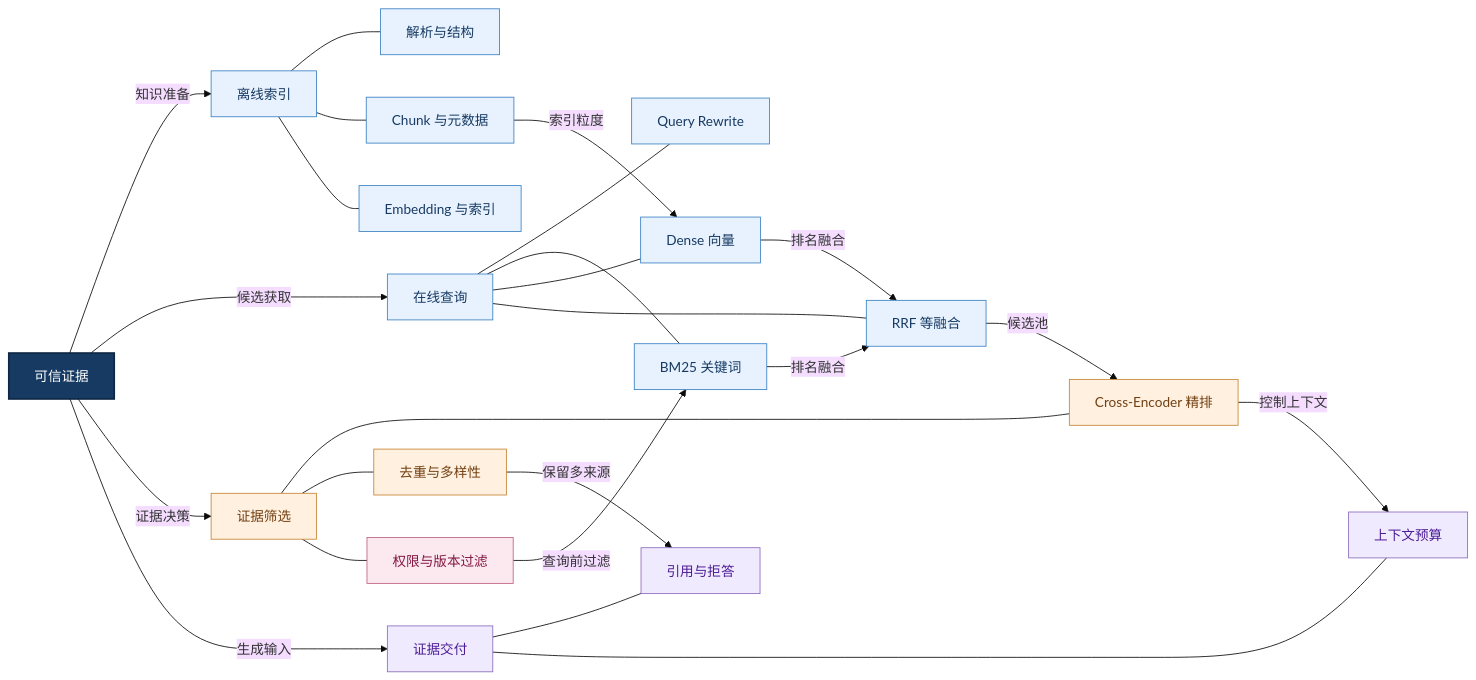
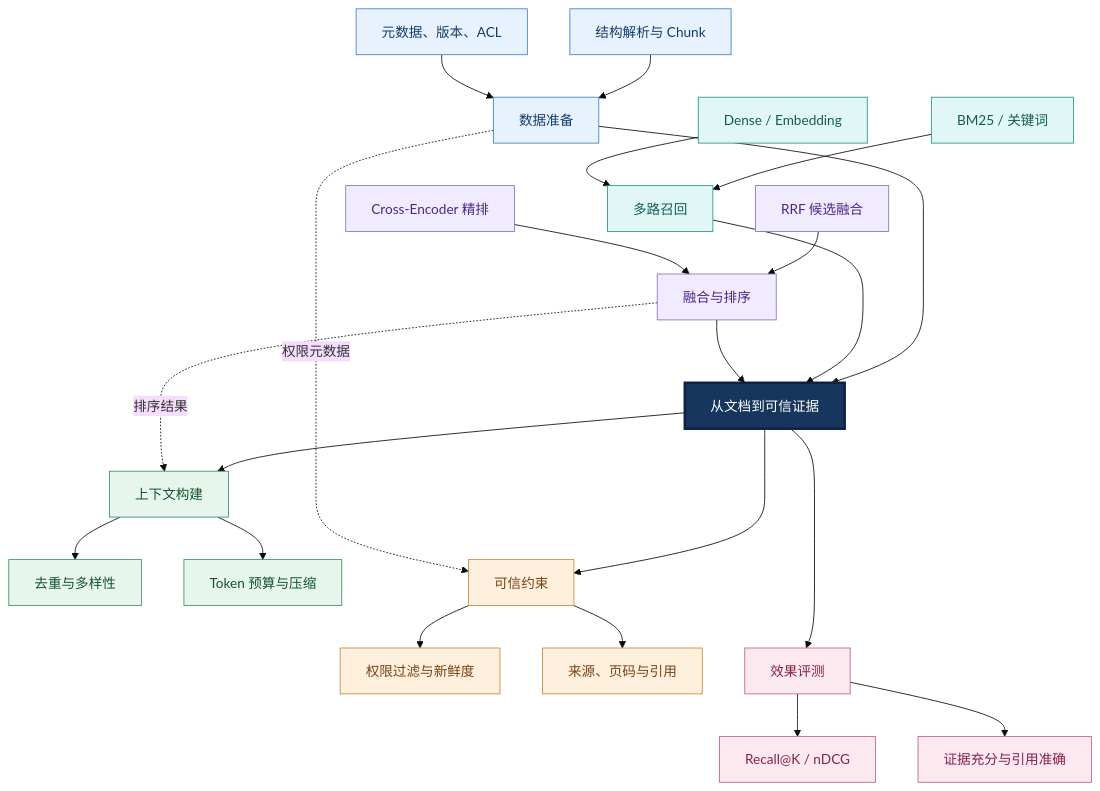
The second of 7 diagrams in 05-Agent-Knowledge-and-Tools/README.md (shufu151/Agent-Engineering-Handbook), drawn with Mermaid (base theme) before and after one commit. The commit also changed other lines of this file, not shown here.

````diff
--- a/05-Agent-Knowledge-and-Tools/README.md
+++ b/05-Agent-Knowledge-and-Tools/README.md
@@ -75,54 +84,60 @@
 ```mermaid
-flowchart LR
-    C["可信证据"]
-    I["离线索引"]
-    Q["在线查询"]
-    F["证据筛选"]
-    E["证据交付"]
-    I1["解析与结构"]
-    I2["Chunk 与元数据"]
-    I3["Embedding 与索引"]
-    Q1["Query Rewrite"]
-    Q2["BM25 关键词"]
-    Q3["Dense 向量"]
-    Q4["RRF 等融合"]
-    F1["Cross-Encoder 精排"]
-    F2["去重与多样性"]
-    F3["权限与版本过滤"]
-    E1["引用与拒答"]
-    E2["上下文预算"]
-    C -->|知识准备| I
-    C -->|候选获取| Q
-    C -->|证据决策| F
-    C -->|生成输入| E
-    I --- I1
-    I --- I2
-    I --- I3
-    Q --- Q1
-    Q --- Q2
-    Q --- Q3
-    Q --- Q4
-    F --- F1
-    F --- F2
-    F --- F3
-    E --- E1
-    E --- E2
-    I2 -->|索引粒度| Q3
-    Q2 -->|排名融合| Q4
-    Q3 -->|排名融合| Q4
-    Q4 -->|候选池| F1
-    F3 -->|查询前过滤| Q2
-    F1 -->|控制上下文| E2
-    F2 -->|保留多来源| E1
-    classDef core fill:#163a62,stroke:#0d2744,color:#fff,stroke-width:2px
-    classDef know fill:#e8f2ff,stroke:#3b82c4,color:#163a62
-    classDef tool fill:#e8f7ef,stroke:#389268,color:#14532d
-    classDef control fill:#fff0df,stroke:#c78535,color:#713f12
-    classDef guard fill:#fce8ef,stroke:#bf6284,color:#831843
-    classDef result fill:#f0eaff,stroke:#8b6dbb,color:#4c1d95
-    class C core
-    class I,I1,I2,I3,Q,Q1,Q2,Q3,Q4 know
-    class F,F1,F2 control
-    class F3 guard
-    class E,E1,E2 result
+flowchart TB
+    ROOT["从文档到可信证据"]
+    KA["数据准备"]
+    KA1["结构解析与 Chunk"]
+    KA2["元数据、版本、ACL"]
+    KB["多路召回"]
+    KB1["BM25 / 关键词"]
+    KB2["Dense / Embedding"]
+    KC["融合与排序"]
+    KC1["RRF 候选融合"]
+    KC2["Cross-Encoder 精排"]
+    KD["上下文构建"]
+    KD1["去重与多样性"]
+    KD2["Token 预算与压缩"]
+    KE["可信约束"]
+    KE1["权限过滤与新鲜度"]
+    KE2["来源、页码与引用"]
+    KF["效果评测"]
+    KF1["Recall@K / nDCG"]
+    KF2["证据充分与引用准确"]
+    KA --> ROOT
+    KA1 --> KA
+    KA2 --> KA
+    KB --> ROOT
+    KB1 --> KB
+    KB2 --> KB
+    KC --> ROOT
+    KC1 --> KC
+    KC2 --> KC
+    ROOT --> KD
+    KD --> KD1
+    KD --> KD2
+    ROOT --> KE
+    KE --> KE1
+    KE --> KE2
+    ROOT --> KF
+    KF --> KF1
+    KF --> KF2
+    KA ~~~ KB
+    KB ~~~ KC
+    KD ~~~ KE
+    KE ~~~ KF
+    KA -. "权限元数据" .-> KE
+    KC -. "排序结果" .-> KD
+    classDef core fill:#17365d,stroke:#0b2340,color:#ffffff,stroke-width:3px
+    classDef blue fill:#e8f2ff,stroke:#3b82c4,color:#123d67
+    classDef green fill:#e7f6ed,stroke:#389268,color:#14532d
+    classDef orange fill:#fff0de,stroke:#cb883e,color:#784313
+    classDef purple fill:#f1ebff,stroke:#8c71bf,color:#4c2785
+    classDef pink fill:#fce8ef,stroke:#c2648a,color:#84234d
+    classDef teal fill:#e1f7f5,stroke:#2d918b,color:#135b56
+    class ROOT core
+    class KA,KA1,KA2 blue
+    class KB,KB1,KB2 teal
+    class KC,KC1,KC2 purple
+    class KD,KD1,KD2 green
+    class KE,KE1,KE2 orange
+    class KF,KF1,KF2 pink
 ```
````
